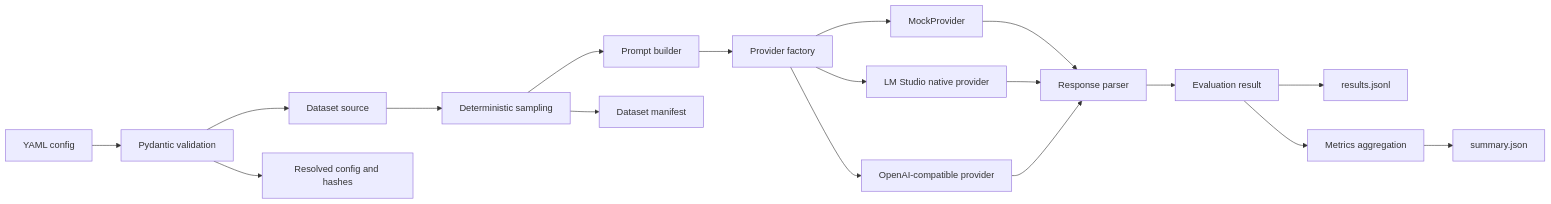
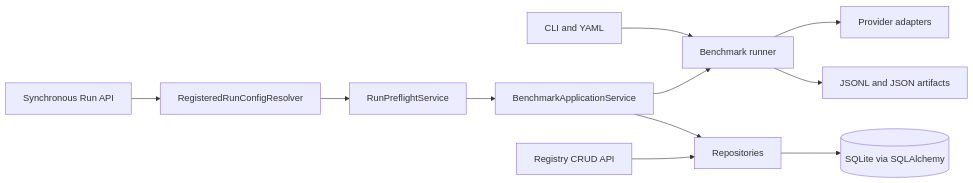
One commit to ataozalpp/llm-benchmark changed the diagram in README.md. Above: the diagram before and after it, drawn with Mermaid. The commit also changed other lines of this file and 3 other files, not shown here.

````diff
--- a/README.md
+++ b/README.md
@@ -66,20 +41,15 @@
 ```mermaid
 flowchart LR
-    A[YAML config] --> B[Pydantic validation]
-    B --> C[Dataset source]
-    C --> D[Deterministic sampling]
-    D --> E[Prompt builder]
-    E --> F[Provider factory]
-    F --> N[MockProvider]
-    F --> O[LM Studio native provider]
-    F --> P[OpenAI-compatible provider]
-    N --> G[Response parser]
-    O --> G
-    P --> G
-    G --> H[Evaluation result]
-    H --> I[results.jsonl]
-    H --> J[Metrics aggregation]
-    J --> K[summary.json]
-    B --> L[Resolved config and hashes]
-    D --> M[Dataset manifest]
+    CLI[CLI and YAML] --> Core[Benchmark runner]
+    RunAPI[Synchronous Run API] --> Resolver[RegisteredRunConfigResolver]
+    Resolver --> Preflight[RunPreflightService]
+    Preflight --> Service[BenchmarkApplicationService]
+    Service --> Core
+
+    Core --> Providers[Provider adapters]
+    Core --> Artifacts[JSONL and JSON artifacts]
+
+    RegistryAPI[Registry CRUD API] --> Repositories[Repositories]
+    Service --> Repositories
+    Repositories --> DB[(SQLite via SQLAlchemy)]
 ```
````
